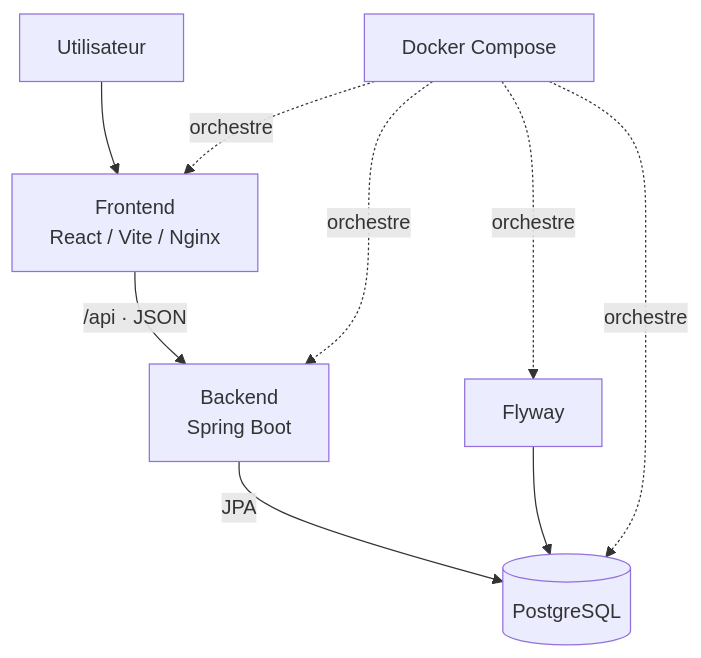
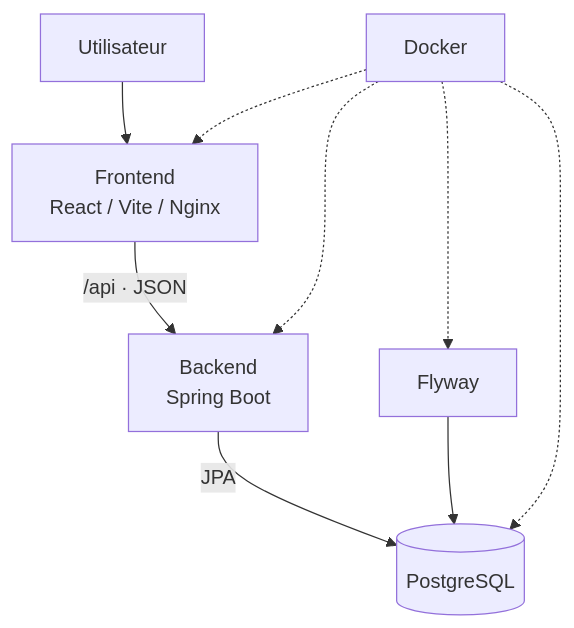
Before and after one commit to EstebanDuf4u/partitio: the seventh of 8 diagrams in presentation/slides.md, drawn with Mermaid. The commit also changed other lines of this file, not shown here.

````diff
--- a/presentation/slides.md
+++ b/presentation/slides.md
@@ -187,8 +407,8 @@
 ```mermaid {theme: 'neutral', scale: 0.8}
 flowchart TB
   U[Utilisateur] --> F[Frontend<br/>React / Vite / Nginx]
   F -->|/api · JSON| B[Backend<br/>Spring Boot]
   B -->|JPA| P[(PostgreSQL)]
   M[Flyway] --> P
-  D[Docker Compose] -. orchestre .-> F & B & P & M
+  D[Docker] -.-> F & B & P & M
 ```
````
